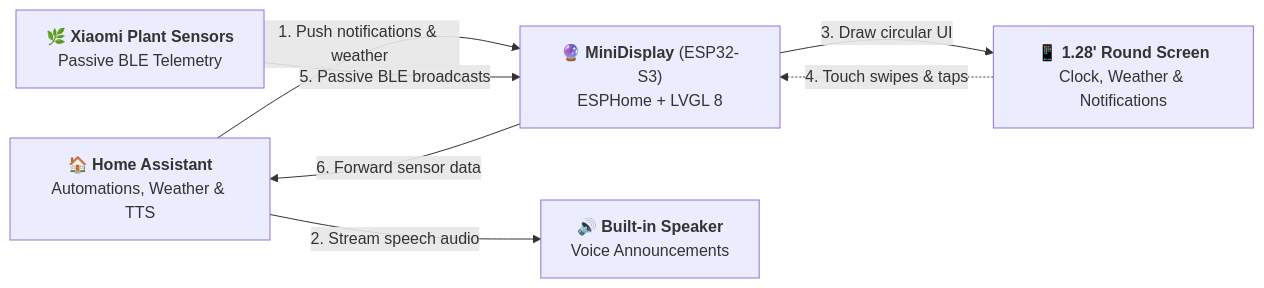
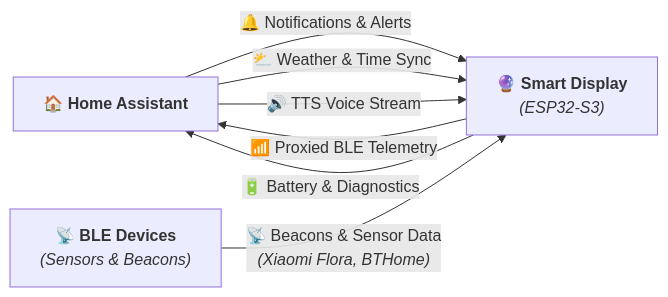
One commit to pasmimmo/SmartDisplay changed the first of 2 diagrams in README.md. Above: the diagram before and after it, drawn with Mermaid. The commit also changed other lines of this file, not shown here.

Commit message:
docs: streamline system diagram to 3 actors (HA, Smart Display, BLE)

````diff
--- a/README.md
+++ b/README.md
@@ -18,15 +18,14 @@
 ```mermaid
 flowchart LR
-    HA["🏠 <b>Home Assistant</b><br>Automations, Weather & TTS"]
-    MD["🔮 <b>MiniDisplay</b> (ESP32-S3)<br>ESPHome + LVGL 8"]
-    LCD["📱 <b>1.28' Round Screen</b><br>Clock, Weather & Notifications"]
-    SPK["🔊 <b>Built-in Speaker</b><br>Voice Announcements"]
-    BLE["🌿 <b>Xiaomi Plant Sensors</b><br>Passive BLE Telemetry"]
+    HA["🏠 <b>Home Assistant</b>"]
+    SD["🔮 <b>Smart Display</b><br><i>(ESP32-S3)</i>"]
+    BLE["📡 <b>BLE Devices</b><br><i>(Sensors & Beacons)</i>"]
 
-    HA -->|"1. Push notifications & weather"| MD
-    HA -->|"2. Stream speech audio"| SPK
-    MD -->|"3. Draw circular UI"| LCD
-    LCD -.->|"4. Touch swipes & taps"| MD
-    BLE -->|"5. Passive BLE broadcasts"| MD
-    MD -->|"6. Forward sensor data"| HA
+    HA -->|"🔔 Notifications & Alerts"| SD
+    HA -->|"⛅ Weather & Time Sync"| SD
+    HA -->|"🔊 TTS Voice Stream"| SD
+    SD -->|"📶 Proxied BLE Telemetry"| HA
+    SD -->|"🔋 Battery & Diagnostics"| HA
+
+    BLE -->|"📡 Beacons & Sensor Data<br><i>(Xiaomi Flora, BTHome)</i>"| SD
 ```
````
